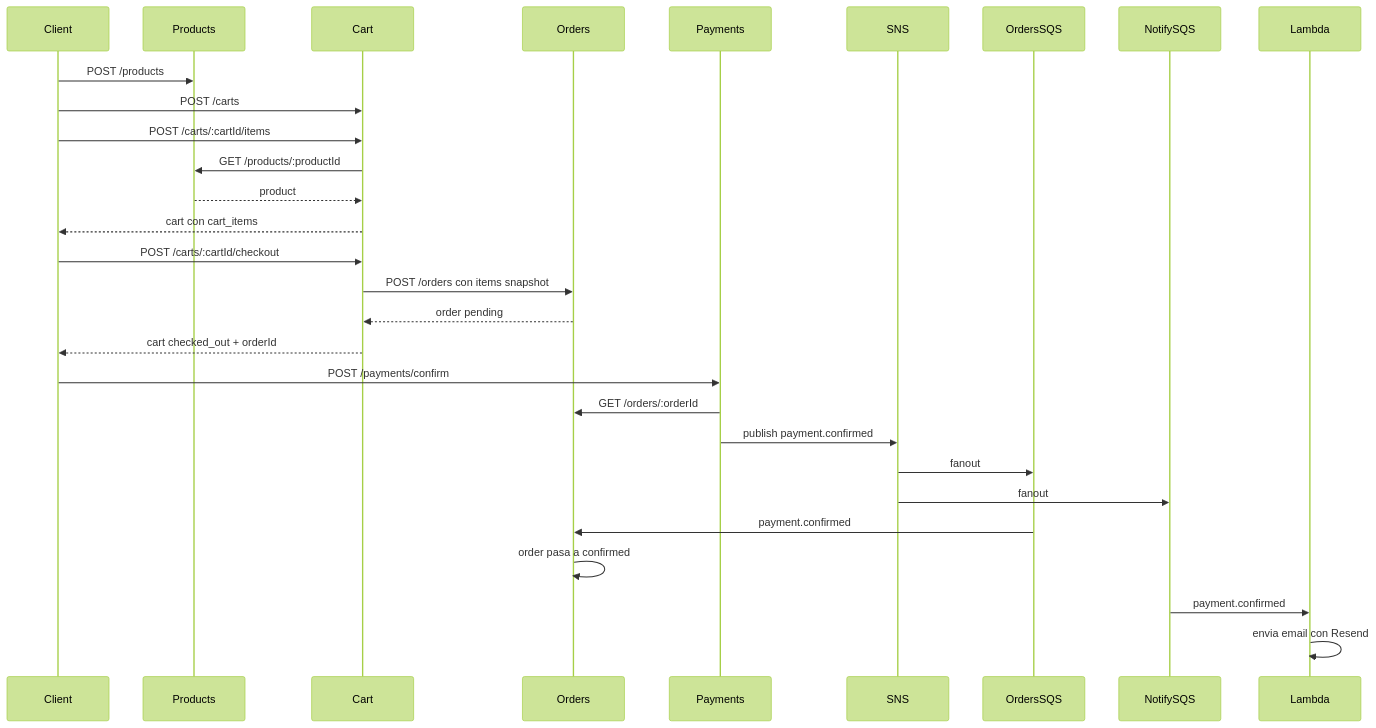
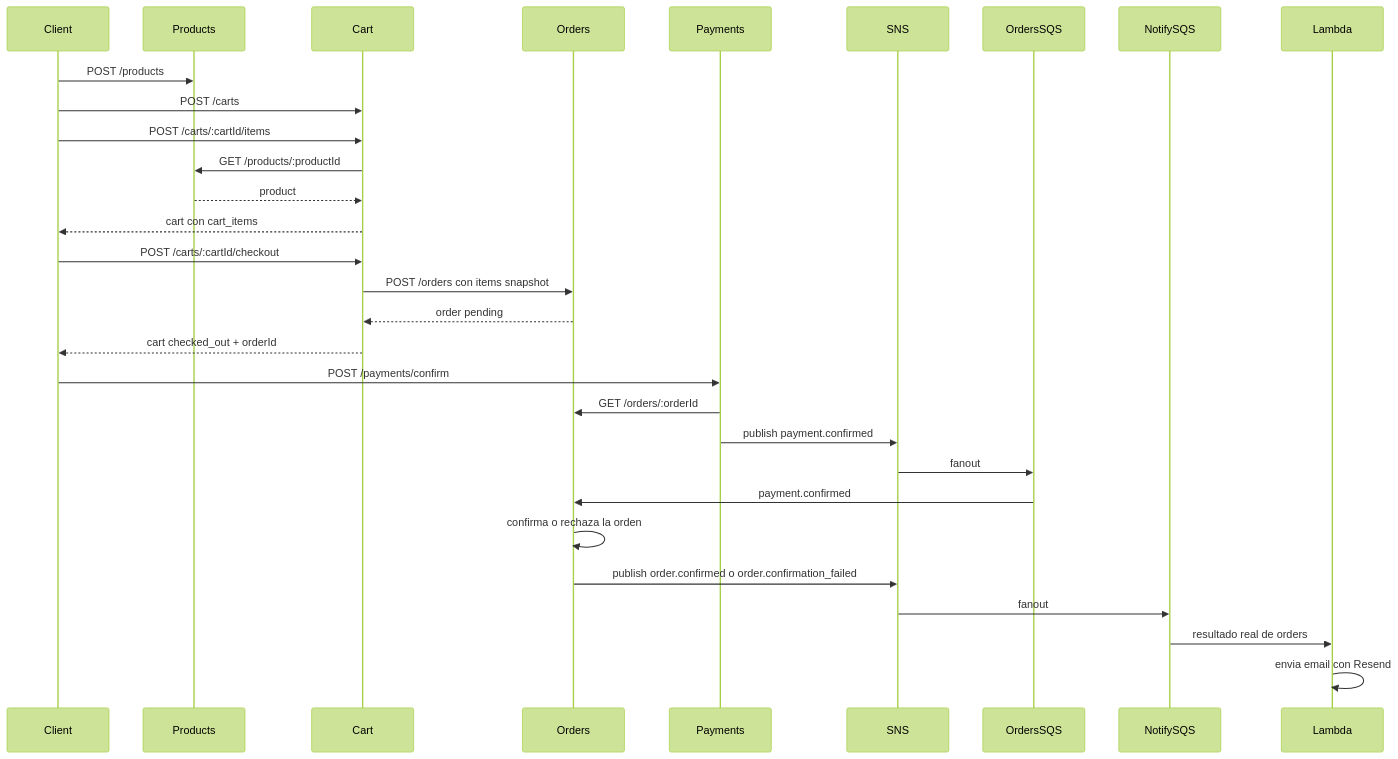
Before and after one commit to dani-pereira-dev/microservice-sns-sqs: the third of 3 diagrams in docs/marketplace-simple-flow.md, drawn with Mermaid (forest theme). The commit also changed other lines of this file and 17 other files, not shown here.

````diff
--- a/docs/marketplace-simple-flow.md
+++ b/docs/marketplace-simple-flow.md
@@ -132,34 +134,35 @@
 ```mermaid
 sequenceDiagram
   participant Client
   participant Products
   participant Cart
   participant Orders
   participant Payments
   participant SNS
   participant OrdersSQS
   participant NotifySQS
   participant Lambda
 
   Client->>Products: POST /products
   Client->>Cart: POST /carts
   Client->>Cart: POST /carts/:cartId/items
   Cart->>Products: GET /products/:productId
   Products-->>Cart: product
   Cart-->>Client: cart con cart_items
 
   Client->>Cart: POST /carts/:cartId/checkout
   Cart->>Orders: POST /orders con items snapshot
   Orders-->>Cart: order pending
   Cart-->>Client: cart checked_out + orderId
 
   Client->>Payments: POST /payments/confirm
   Payments->>Orders: GET /orders/:orderId
   Payments->>SNS: publish payment.confirmed
   SNS->>OrdersSQS: fanout
+  OrdersSQS->>Orders: payment.confirmed
+  Orders->>Orders: confirma o rechaza la orden
+  Orders->>SNS: publish order.confirmed o order.confirmation_failed
   SNS->>NotifySQS: fanout
-  OrdersSQS->>Orders: payment.confirmed
-  Orders->>Orders: order pasa a confirmed
-  NotifySQS->>Lambda: payment.confirmed
+  NotifySQS->>Lambda: resultado real de orders
   Lambda->>Lambda: envia email con Resend
 ```
````
